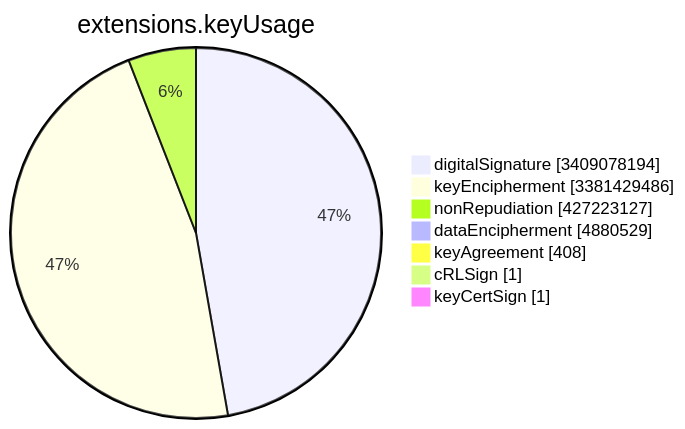
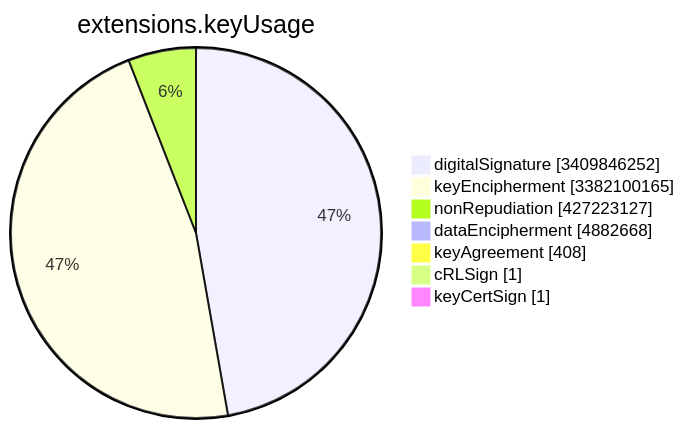
The sixth of 15 diagrams in TOTAL/README.md (christiankrug/ctmonitor_visualization), drawn with Mermaid before and after one commit. The commit also changed other lines of this file, not shown here.

````diff
--- a/TOTAL/README.md
+++ b/TOTAL/README.md
@@ -3081,11 +3081,11 @@
 ```mermaid
 pie showData
 title extensions.keyUsage
-"digitalSignature" :3409078194
-"keyEncipherment" :3381429486
+"digitalSignature" :3409846252
+"keyEncipherment" :3382100165
 "nonRepudiation" :427223127
-"dataEncipherment" :4880529
+"dataEncipherment" :4882668
 "keyAgreement" :408
 "cRLSign" :1
 "keyCertSign" :1
 ```
````
